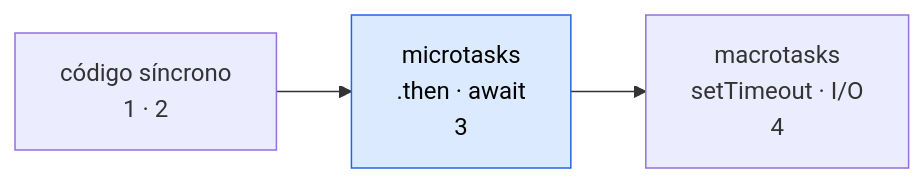
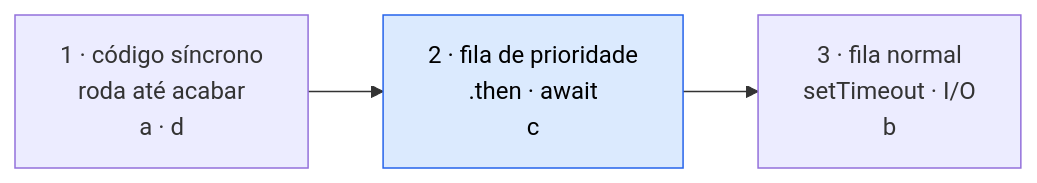
The second of 2 diagrams in docs/02-node-modulos-e-async.md (kessleru/Backend-express), drawn with Mermaid before and after one commit. The commit also changed other lines of this file and 1 other file, not shown here.

````diff
--- a/docs/02-node-modulos-e-async.md
+++ b/docs/02-node-modulos-e-async.md
@@ -112,5 +213,5 @@
 ```mermaid
 flowchart LR
-    S["código síncrono<br/>1 · 2"] --> M["microtasks<br/>.then · await<br/>3"] --> T["macrotasks<br/>setTimeout · I/O<br/>4"]
+    S["1 · código síncrono<br/>roda até acabar<br/>a · d"] --> M["2 · fila de prioridade<br/>.then · await<br/>c"] --> T["3 · fila normal<br/>setTimeout · I/O<br/>b"]
     style M fill:#dbeafe,stroke:#2563eb,color:#000
 ```
````
